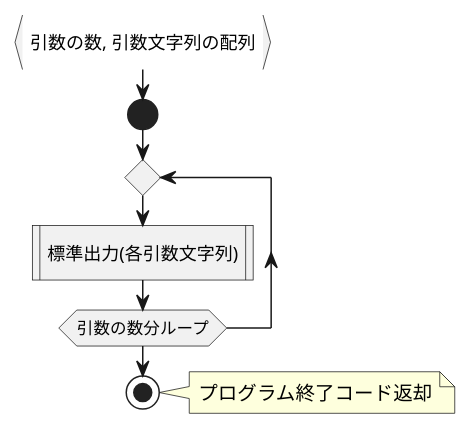
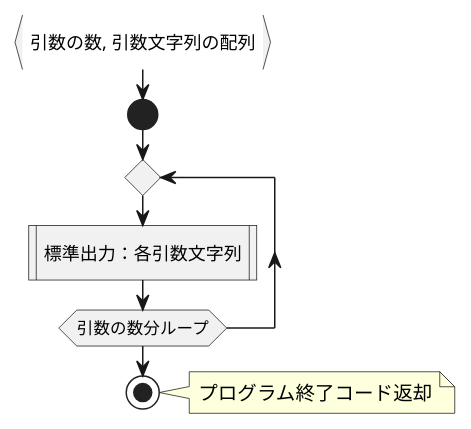
Before and after one commit to adachikenta/c_program: the diagram in main.plantuml, drawn with PlantUML. The commit also changed 4 other files, not shown here.

```diff
--- a/main.plantuml
+++ b/main.plantuml
@@ -1,11 +1,11 @@
 @startuml main
 :引数の数, 引数文字列の配列}
 start
 repeat
-  :標準出力(各引数文字列)|
+  :標準出力：各引数文字列|
 repeat while (引数の数分ループ)
 stop
 note right
   プログラム終了コード返却
 end note
 @enduml
```
